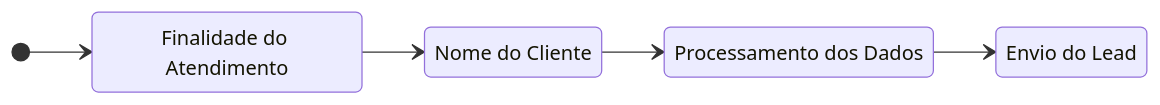
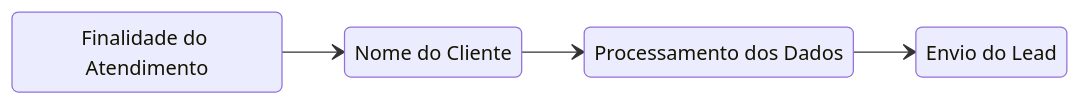
The diagram in readme.md (pepeleascov/cmsouza), drawn with Mermaid before and after one commit.

Commit message:
Formatting

````diff
--- a/readme.md
+++ b/readme.md
@@ -122,12 +122,11 @@
 ```mermaid
 stateDiagram
     1: Finalidade do Atendimento
     2: Nome do Cliente
     3: Processamento dos Dados
     4: Envio do Lead
     direction LR
-    [*] --> 1
     1 --> 2
     2 --> 3
     3 --> 4
 ```
````
